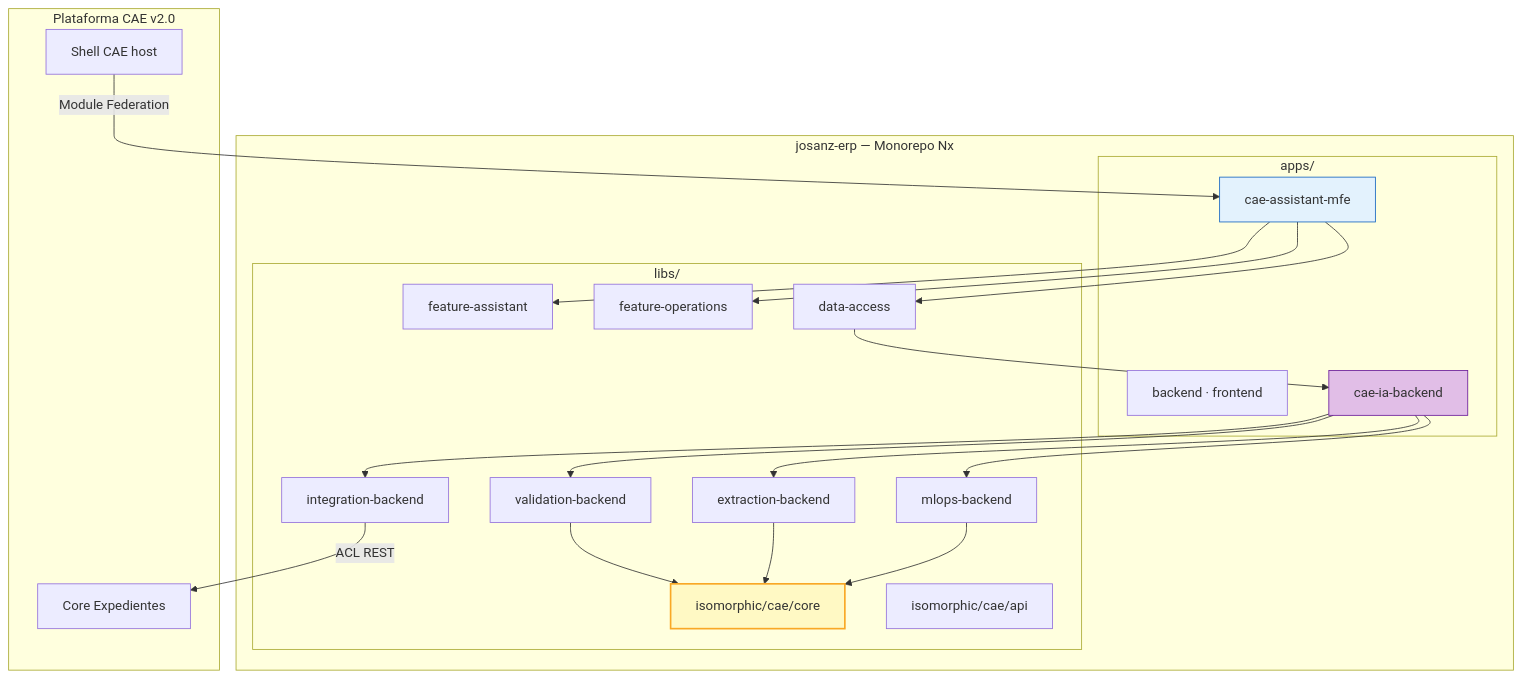
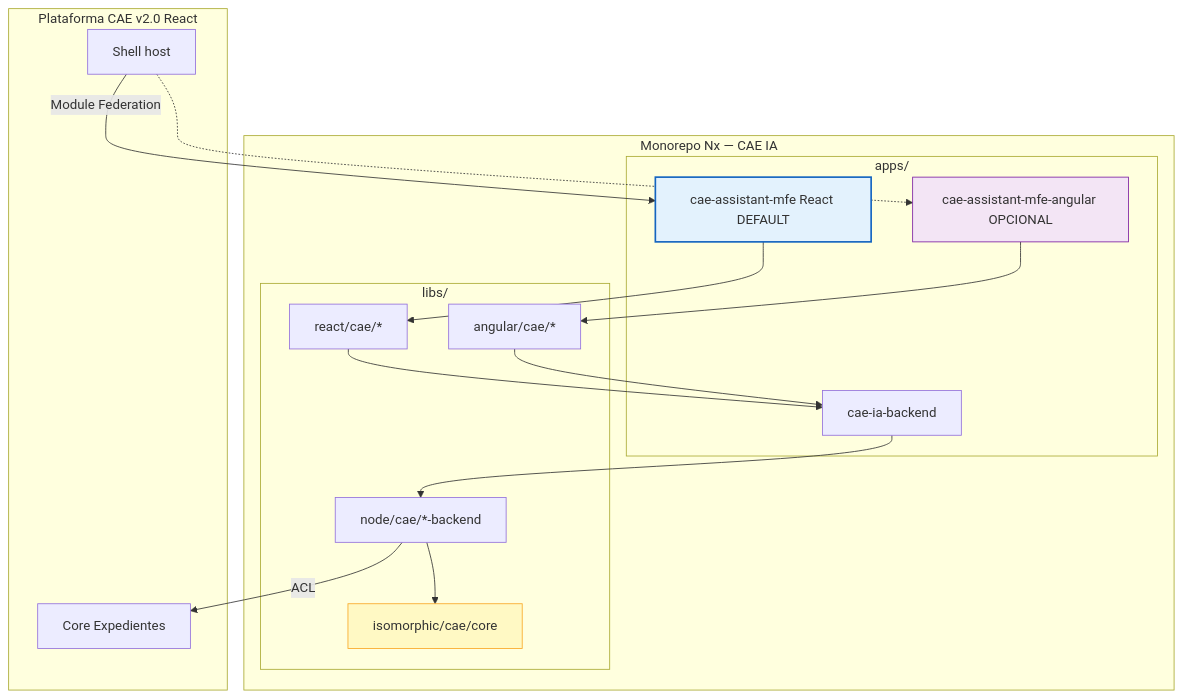
The diagram in caedocs/diagrams/05-monorepo-nx-cae.mmd (angelnietos/erp), drawn with Mermaid before and after one commit. The commit also changed 10 other files, not shown here.

```diff
--- a/caedocs/diagrams/05-monorepo-nx-cae.mmd
+++ b/caedocs/diagrams/05-monorepo-nx-cae.mmd
@@ -1,35 +1,32 @@
 flowchart TB
-    subgraph WS["josanz-erp — Monorepo Nx"]
+    subgraph WS["Monorepo Nx — CAE IA"]
         subgraph APPS["apps/"]
-            REF1["backend · frontend"]
             HOST["cae-ia-backend"]
-            MFE["cae-assistant-mfe"]
+            MFE_R["cae-assistant-mfe React DEFAULT"]
+            MFE_A["cae-assistant-mfe-angular OPCIONAL"]
         end
         subgraph LIBS["libs/"]
             CORE["isomorphic/cae/core"]
-            API["isomorphic/cae/api"]
-            VB["validation-backend"]
-            EB["extraction-backend"]
-            MB["mlops-backend"]
-            IB["integration-backend"]
-            FA["feature-assistant"]
-            FO["feature-operations"]
-            DA["data-access"]
+            NODE["node/cae/*-backend"]
+            REACT["react/cae/*"]
+            ANG["angular/cae/*"]
         end
     end
 
-    subgraph CAE["Plataforma CAE v2.0"]
-        SHELL["Shell CAE host"]
+    subgraph CAE["Plataforma CAE v2.0 React"]
+        SHELL["Shell host"]
         CORECAE["Core Expedientes"]
     end
 
-    HOST --> VB & EB & MB & IB
-    VB & EB & MB --> CORE
-    MFE --> FA & FO & DA
-    DA --> HOST
-    SHELL -->|Module Federation| MFE
-    IB -->|ACL REST| CORECAE
+    HOST --> NODE
+    MFE_R --> REACT
+    MFE_A --> ANG
+    NODE --> CORE
+    REACT & ANG --> HOST
+    SHELL -->|Module Federation| MFE_R
+    SHELL -.-> MFE_A
+    NODE -->|ACL| CORECAE
 
-    style CORE fill:#fff9c4,stroke:#f9a825,stroke-width:2px
-    style MFE fill:#e3f2fd,stroke:#1565c0
-    style HOST fill:#e1bee7,stroke:#6a1b9a
+    style MFE_R fill:#e3f2fd,stroke:#1565c0,stroke-width:2px
+    style MFE_A fill:#f3e5f5,stroke:#7b1fa2
+    style CORE fill:#fff9c4,stroke:#f9a825
```
